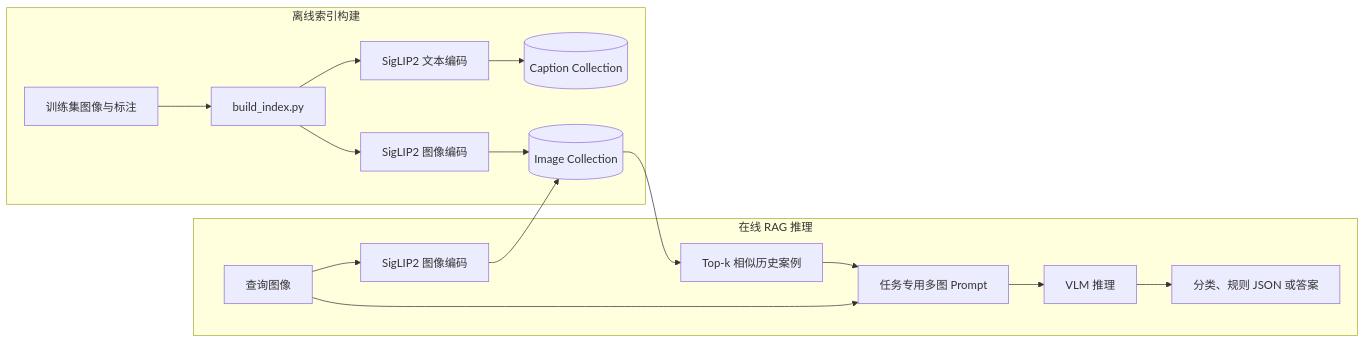
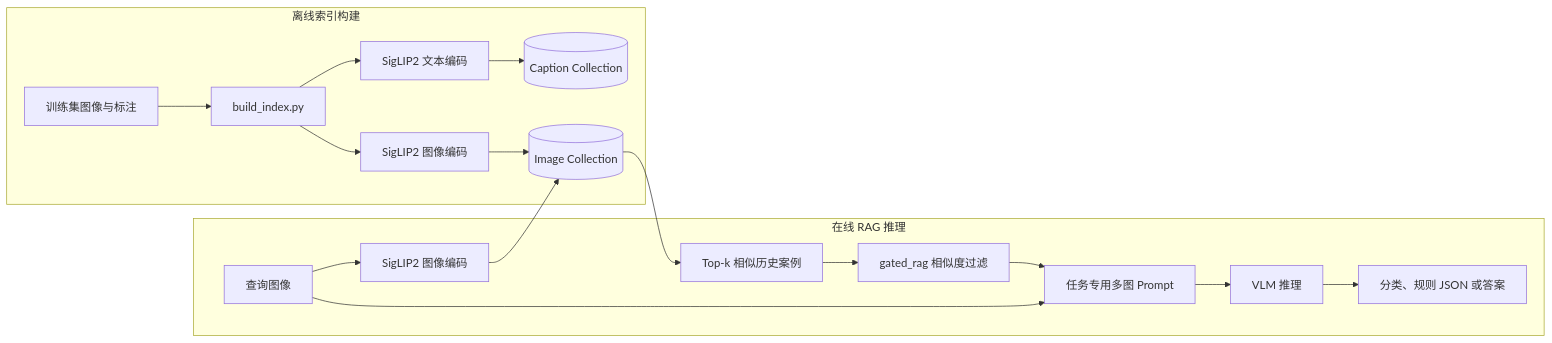
One commit to Aromanka/image_rag changed the diagram in README.md. Above: the diagram before and after it, drawn with Mermaid. The commit also changed other lines of this file and 18 other files, not shown here.

````diff
--- a/README.md
+++ b/README.md
@@ -34,20 +36,21 @@
 ```mermaid
 flowchart LR
     subgraph Offline[离线索引构建]
         D[训练集图像与标注] --> B[build_index.py]
         B --> E1[SigLIP2 文本编码]
         B --> E2[SigLIP2 图像编码]
         E1 --> C1[(Caption Collection)]
         E2 --> C2[(Image Collection)]
     end
 
     subgraph Online[在线 RAG 推理]
         Q[查询图像] --> QE[SigLIP2 图像编码]
         QE --> C2
         C2 --> R[Top-k 相似历史案例]
+        R --> G[gated_rag 相似度过滤]
         Q --> P[任务专用多图 Prompt]
-        R --> P
+        G --> P
         P --> V[VLM 推理]
         V --> O[分类、规则 JSON 或答案]
     end
 ```
````
